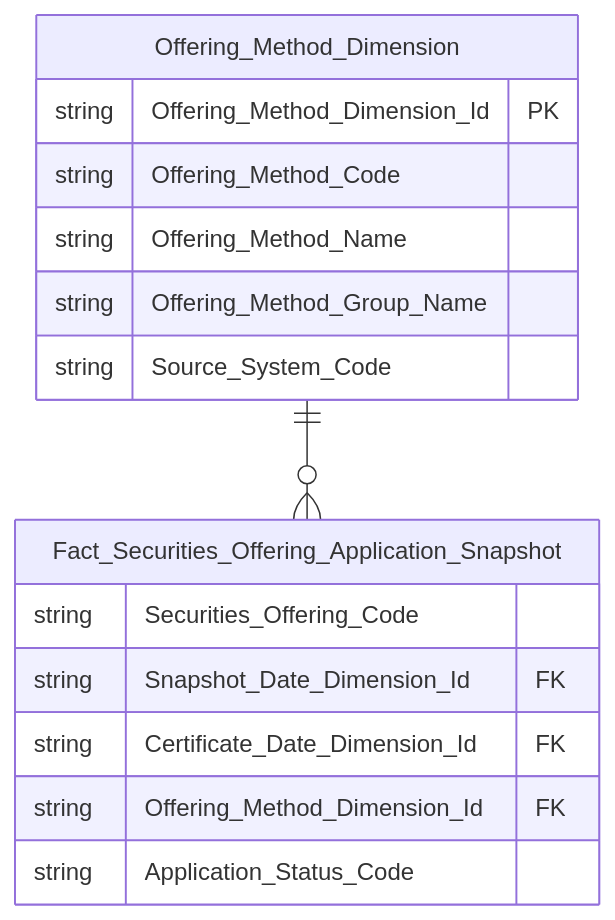
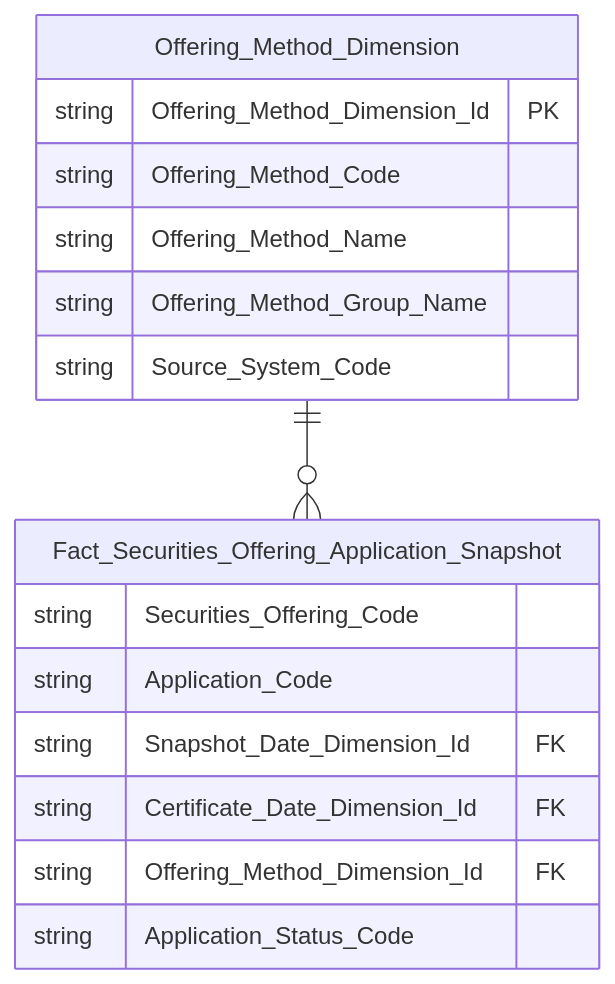
One commit to linhlvit/ubck_atomic_design changed diagram 16 of 22 in Datamart/hld/DTM_QLCB_HLD.md. Above: the diagram before and after it, drawn with Mermaid. The commit also changed other lines of this file and 2 other files, not shown here.

````diff
--- a/Datamart/hld/DTM_QLCB_HLD.md
+++ b/Datamart/hld/DTM_QLCB_HLD.md
@@ -831,19 +835,20 @@
 ```mermaid
 erDiagram
     Offering_Method_Dimension {
         string Offering_Method_Dimension_Id PK
         string Offering_Method_Code
         string Offering_Method_Name
         string Offering_Method_Group_Name
         string Source_System_Code
     }
     Fact_Securities_Offering_Application_Snapshot {
         string Securities_Offering_Code
+        string Application_Code
         string Snapshot_Date_Dimension_Id FK
         string Certificate_Date_Dimension_Id FK
         string Offering_Method_Dimension_Id FK
         string Application_Status_Code
     }
 
     Offering_Method_Dimension ||--o{ Fact_Securities_Offering_Application_Snapshot : " "
 ```
````
